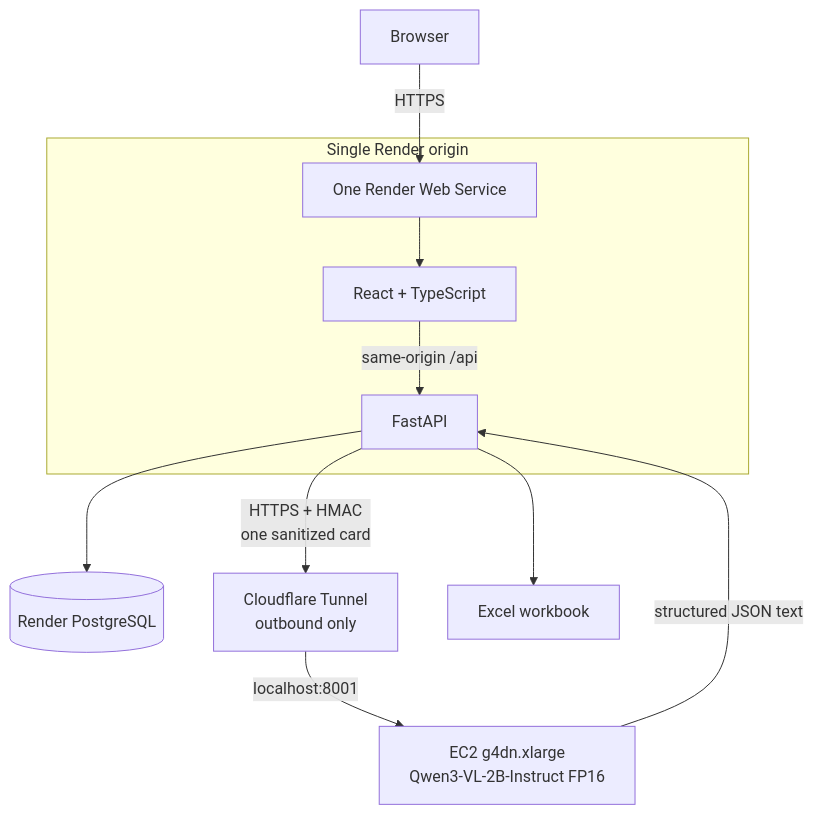
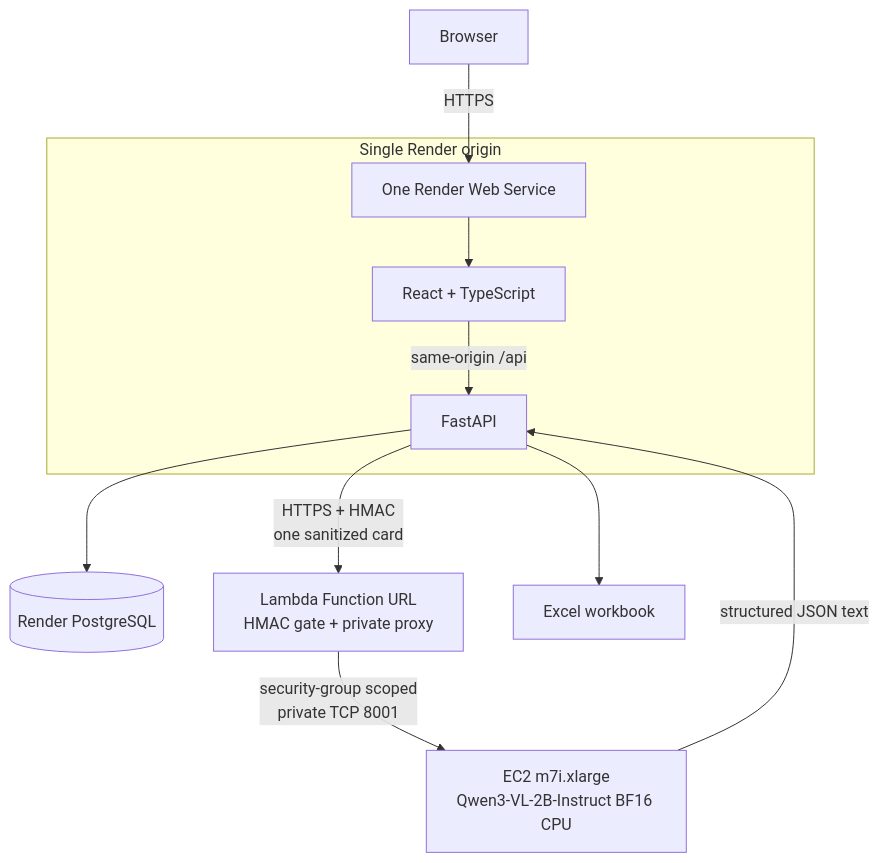
One commit to Ansh701/o-hive-vlm-business-card changed the diagram in README.md. Above: the diagram before and after it, drawn with Mermaid. The commit also changed other lines of this file and 21 other files, not shown here.

Commit message:
feat: deploy measured CPU Qwen inference

````diff
--- a/README.md
+++ b/README.md
@@ -36,22 +36,22 @@
 ```mermaid
 flowchart TD
     U[Browser]
     R[One Render Web Service]
     UI[React + TypeScript]
     API[FastAPI]
     DB[(Render PostgreSQL)]
-    CF[Cloudflare Tunnel<br/>outbound only]
-    AWS[EC2 g4dn.xlarge<br/>Qwen3-VL-2B-Instruct FP16]
+    L[Lambda Function URL<br/>HMAC gate + private proxy]
+    AWS[EC2 m7i.xlarge<br/>Qwen3-VL-2B-Instruct BF16 CPU]
     XLSX[Excel workbook]
 
     U -->|HTTPS| R
     subgraph Render[Single Render origin]
         R --> UI
         UI -->|same-origin /api| API
     end
     API --> DB
-    API -->|HTTPS + HMAC<br/>one sanitized card| CF
-    CF -->|localhost:8001| AWS
+    API -->|HTTPS + HMAC<br/>one sanitized card| L
+    L -->|security-group scoped<br/>private TCP 8001| AWS
     AWS -->|structured JSON text| API
     API --> XLSX
 ```
````
